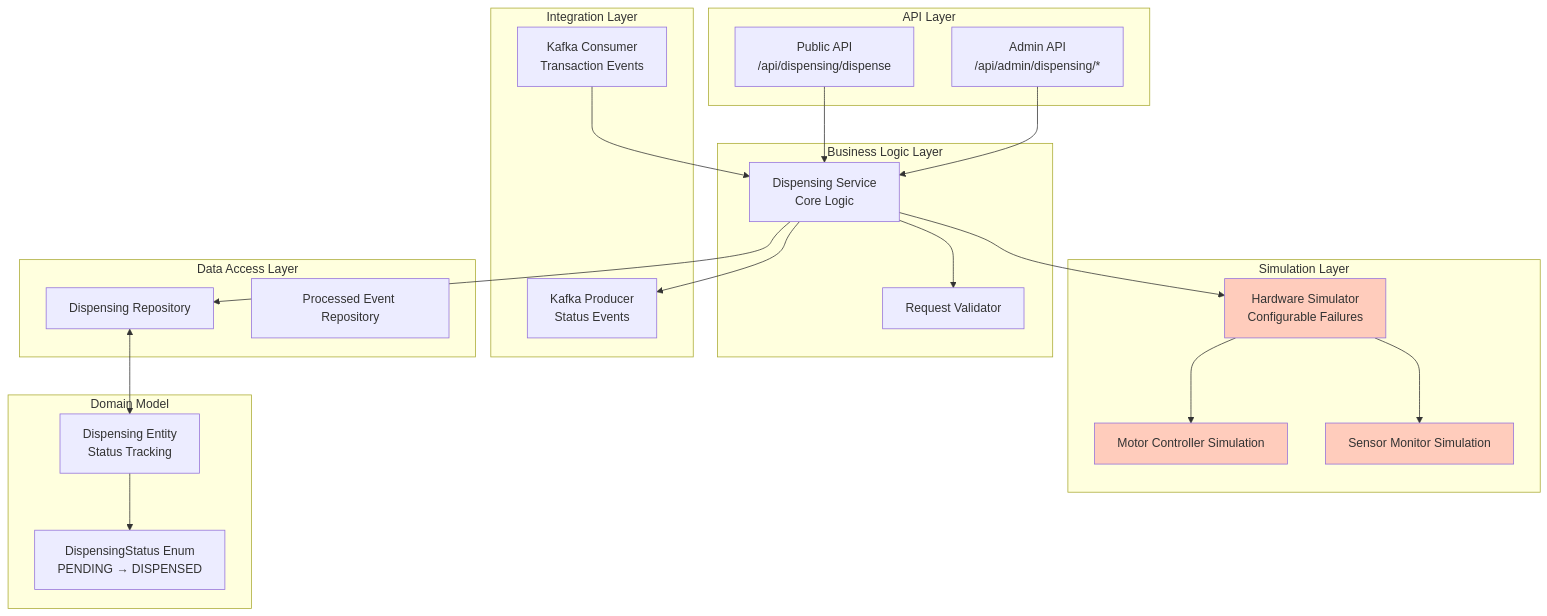
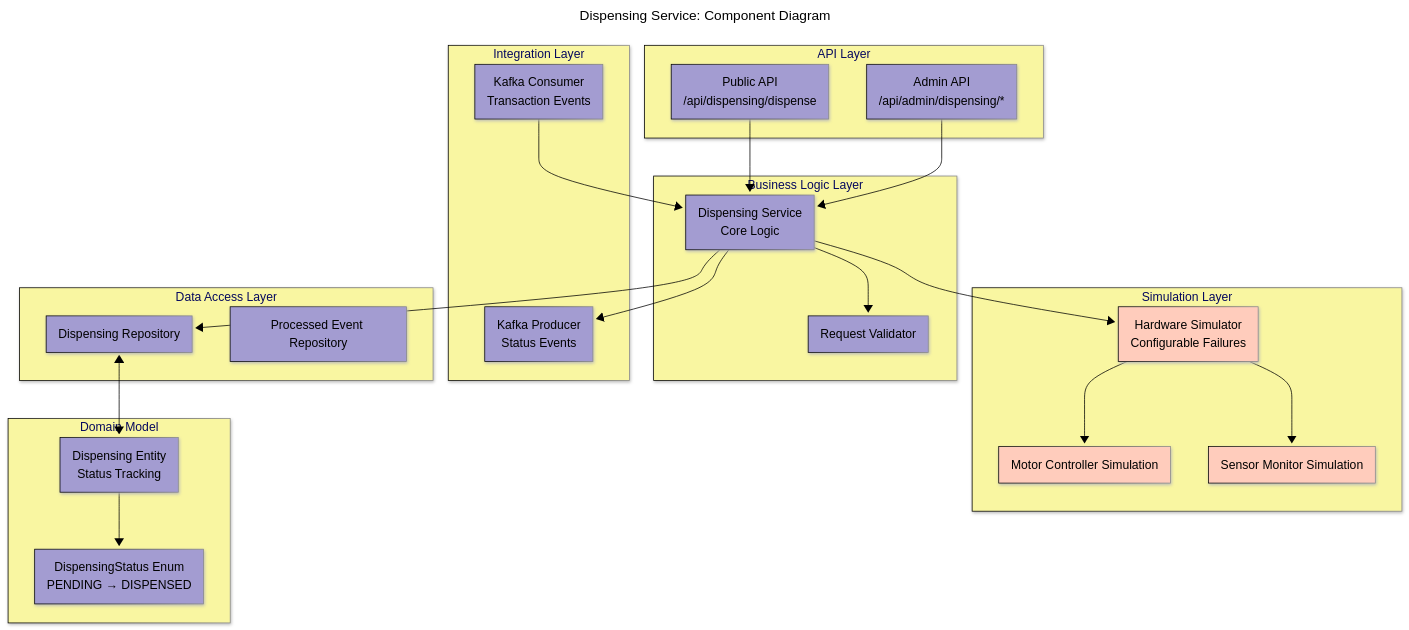
One commit to BrunoGil-AS/Vending-Machine-Microservices changed the second of 8 diagrams in Documentation/diagrams/dispensing-service.md. Above: the diagram before and after it, drawn with Mermaid. The commit also changed other lines of this file and 7 other files, not shown here.

Commit message:
docs: Update service diagrams with new configurations and titles

````diff
--- a/Documentation/diagrams/dispensing-service.md
+++ b/Documentation/diagrams/dispensing-service.md
@@ -60,53 +74,67 @@
 ```mermaid
+---
+config:
+  theme: base
+  themeVariables:
+    primaryColor: '#a39cd1ff'
+    primaryTextColor: '#000000'
+    secondaryTextColor: '#ffffffff'
+    primaryBorderColor: '#000000'
+    lineColor: '#000000ff'
+    secondaryColor: '#90b590ff'
+    tertiaryColor: '#f9f6a1ff'
+  look: neo
+title: 'Dispensing Service: Component Diagram'
+---
 graph TB
     subgraph "API Layer"
         PUBLIC_API[Public API<br/>/api/dispensing/dispense]
         ADMIN_API[Admin API<br/>/api/admin/dispensing/*]
     end
 
     subgraph "Business Logic Layer"
         DISPENSING_SERVICE[Dispensing Service<br/>Core Logic]
         VALIDATION[Request Validator]
     end
 
     subgraph "Simulation Layer"
         HARDWARE_SIMULATOR[Hardware Simulator<br/>Configurable Failures]
         MOTOR_CONTROLLER[Motor Controller Simulation]
         SENSOR_MONITOR[Sensor Monitor Simulation]
     end
 
     subgraph "Integration Layer"
         KAFKA_PRODUCER[Kafka Producer<br/>Status Events]
         KAFKA_CONSUMER[Kafka Consumer<br/>Transaction Events]
     end
 
     subgraph "Data Access Layer"
         DISPENSING_REPO[Dispensing Repository]
         PROCESSED_EVENT_REPO[Processed Event Repository]
     end
 
     subgraph "Domain Model"
         DISPENSING[Dispensing Entity<br/>Status Tracking]
         DISPENSING_STATUS[DispensingStatus Enum<br/>PENDING → DISPENSED]
     end
 
     PUBLIC_API --> DISPENSING_SERVICE
     ADMIN_API --> DISPENSING_SERVICE
 
     DISPENSING_SERVICE --> VALIDATION
     DISPENSING_SERVICE --> HARDWARE_SIMULATOR
     DISPENSING_SERVICE --> DISPENSING_REPO
     DISPENSING_SERVICE --> KAFKA_PRODUCER
 
     KAFKA_CONSUMER --> DISPENSING_SERVICE
 
     HARDWARE_SIMULATOR --> MOTOR_CONTROLLER
     HARDWARE_SIMULATOR --> SENSOR_MONITOR
 
     DISPENSING_REPO <--> DISPENSING
     DISPENSING --> DISPENSING_STATUS
 
     style HARDWARE_SIMULATOR fill:#ffccbc
     style MOTOR_CONTROLLER fill:#ffccbc
     style SENSOR_MONITOR fill:#ffccbc
 ```
````
